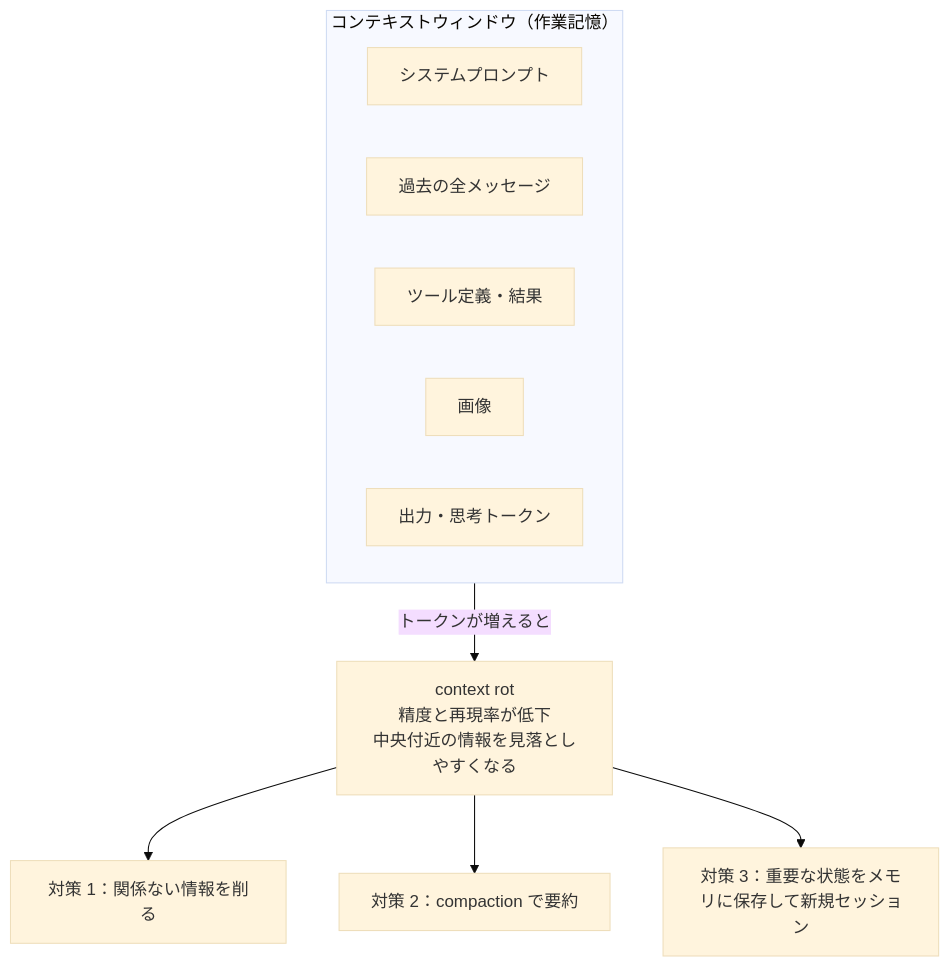
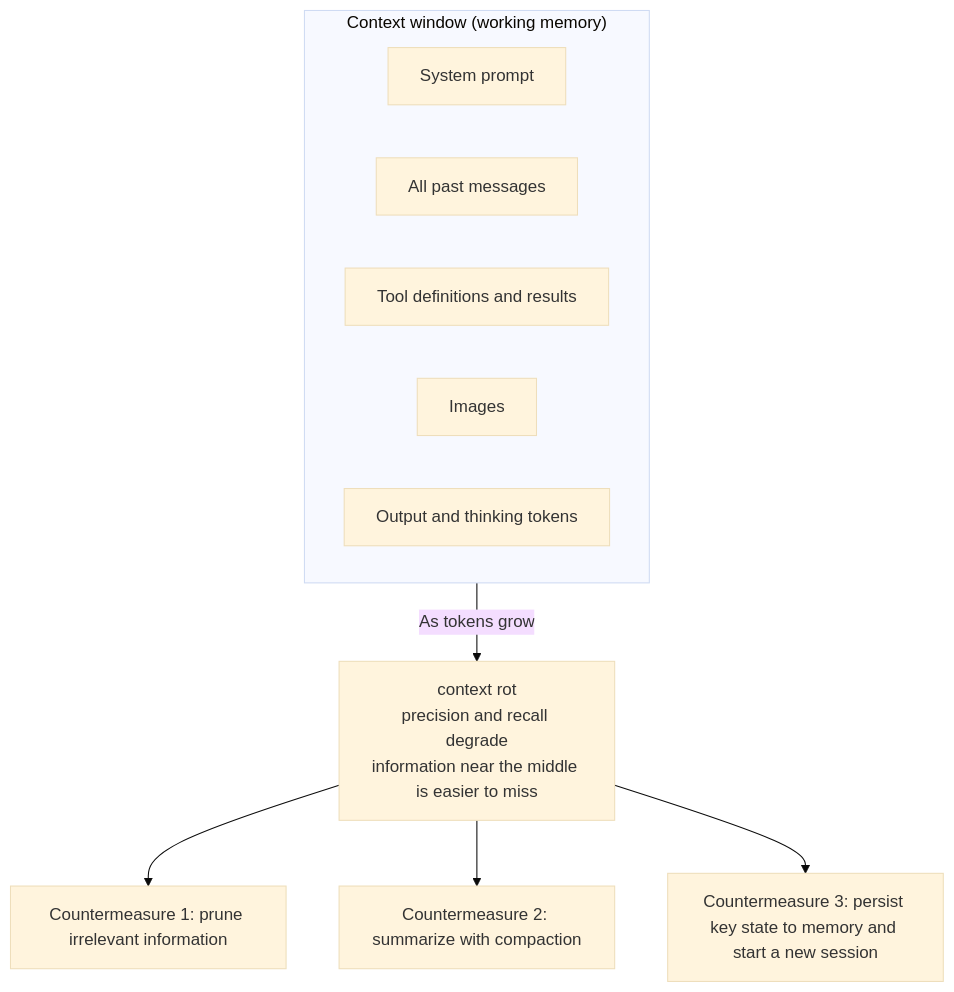
One commit to AbdullahMufti/ccao-f-guide changed the ninth of 19 diagrams in guide.md. Above: the diagram before and after it, drawn with Mermaid (base theme). The commit also changed other lines of this file and 3 other files, not shown here.

````diff
--- a/guide.md
+++ b/guide.md
@@ -573,14 +574,14 @@
 ```mermaid
 flowchart TB
-    subgraph CW["コンテキストウィンドウ（作業記憶）"]
-        SP["システムプロンプト"]
-        MSG["過去の全メッセージ"]
-        TOOL["ツール定義・結果"]
-        IMG["画像"]
-        OUT["出力・思考トークン"]
+    subgraph CW["Context window (working memory)"]
+        SP["System prompt"]
+        MSG["All past messages"]
+        TOOL["Tool definitions and results"]
+        IMG["Images"]
+        OUT["Output and thinking tokens"]
     end
-    CW -->|"トークンが増えると"| ROT["context rot<br/>精度と再現率が低下<br/>中央付近の情報を見落としやすくなる"]
-    ROT --> C1["対策 1：関係ない情報を削る"]
-    ROT --> C2["対策 2：compaction で要約"]
-    ROT --> C3["対策 3：重要な状態をメモリに保存して新規セッション"]
+    CW -->|"As tokens grow"| ROT["context rot<br/>precision and recall degrade<br/>information near the middle is easier to miss"]
+    ROT --> C1["Countermeasure 1: prune irrelevant information"]
+    ROT --> C2["Countermeasure 2: summarize with compaction"]
+    ROT --> C3["Countermeasure 3: persist key state to memory and start a new session"]
 ```
````
